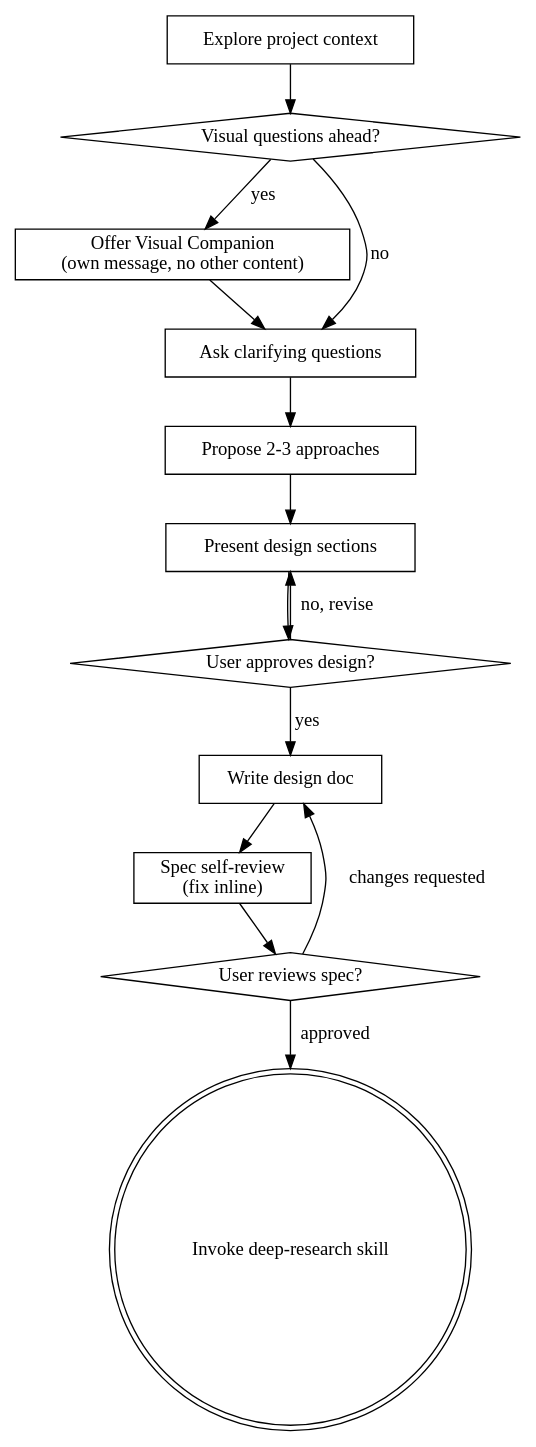
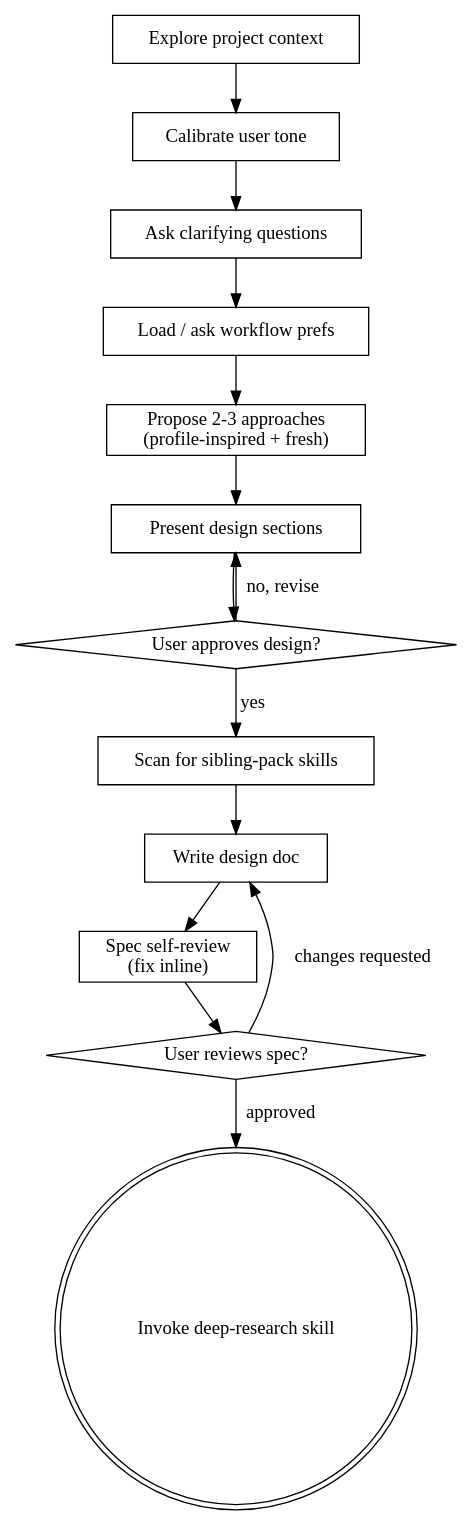
One commit to ennio-datatide/ultrapowers changed the diagram in skills/brainstorming/SKILL.md. Above: the diagram before and after it, drawn with Graphviz. The commit also changed other lines of this file and 7 other files, not shown here.

````diff
--- a/skills/brainstorming/SKILL.md
+++ b/skills/brainstorming/SKILL.md
@@ -40,29 +38,30 @@
 ```dot
 digraph brainstorming {
     "Explore project context" [shape=box];
-    "Visual questions ahead?" [shape=diamond];
-    "Offer Visual Companion\n(own message, no other content)" [shape=box];
+    "Calibrate user tone" [shape=box];
     "Ask clarifying questions" [shape=box];
-    "Propose 2-3 approaches" [shape=box];
+    "Load / ask workflow prefs" [shape=box];
+    "Propose 2-3 approaches\n(profile-inspired + fresh)" [shape=box];
     "Present design sections" [shape=box];
     "User approves design?" [shape=diamond];
+    "Scan for sibling-pack skills" [shape=box];
     "Write design doc" [shape=box];
     "Spec self-review\n(fix inline)" [shape=box];
     "User reviews spec?" [shape=diamond];
     "Invoke deep-research skill" [shape=doublecircle];
 
-    "Explore project context" -> "Visual questions ahead?";
-    "Visual questions ahead?" -> "Offer Visual Companion\n(own message, no other content)" [label="yes"];
-    "Visual questions ahead?" -> "Ask clarifying questions" [label="no"];
-    "Offer Visual Companion\n(own message, no other content)" -> "Ask clarifying questions";
-    "Ask clarifying questions" -> "Propose 2-3 approaches";
-    "Propose 2-3 approaches" -> "Present design sections";
+    "Explore project context" -> "Calibrate user tone";
+    "Calibrate user tone" -> "Ask clarifying questions";
+    "Ask clarifying questions" -> "Load / ask workflow prefs";
+    "Load / ask workflow prefs" -> "Propose 2-3 approaches\n(profile-inspired + fresh)";
+    "Propose 2-3 approaches\n(profile-inspired + fresh)" -> "Present design sections";
     "Present design sections" -> "User approves design?";
     "User approves design?" -> "Present design sections" [label="no, revise"];
-    "User approves design?" -> "Write design doc" [label="yes"];
+    "User approves design?" -> "Scan for sibling-pack skills" [label="yes"];
+    "Scan for sibling-pack skills" -> "Write design doc";
     "Write design doc" -> "Spec self-review\n(fix inline)";
     "Spec self-review\n(fix inline)" -> "User reviews spec?";
     "User reviews spec?" -> "Write design doc" [label="changes requested"];
     "User reviews spec?" -> "Invoke deep-research skill" [label="approved"];
 }
 ```
````
